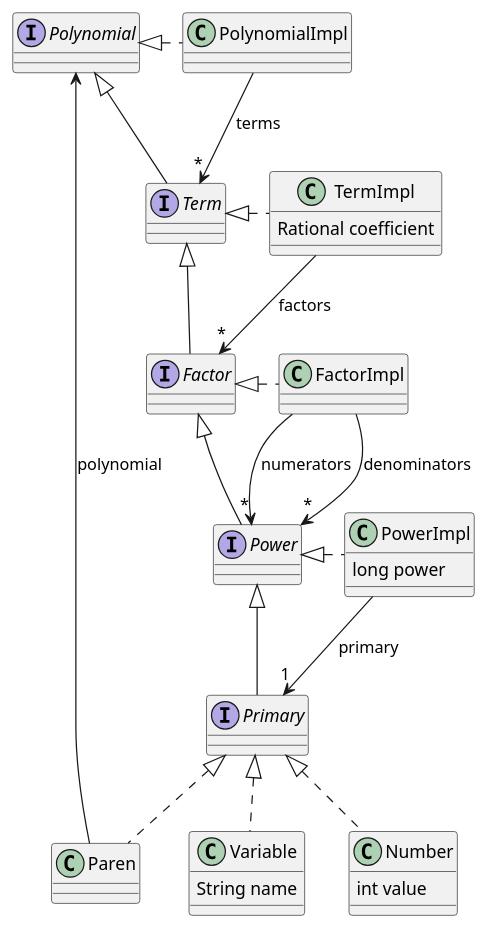
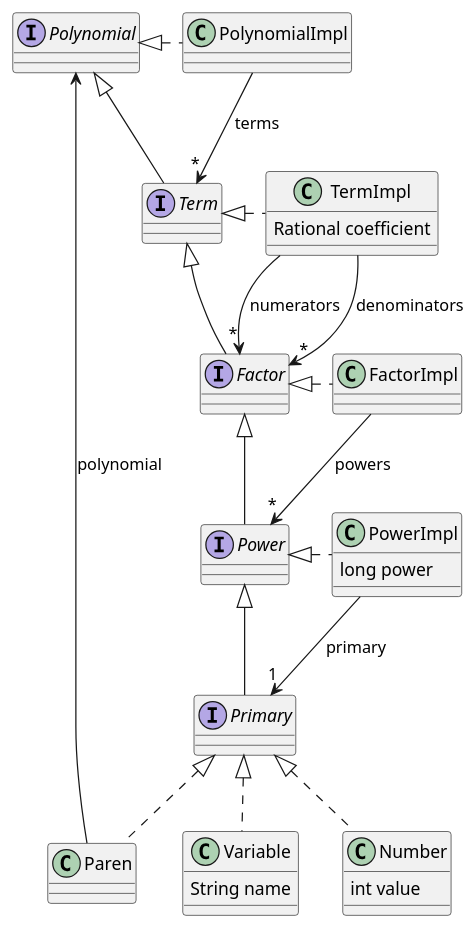
One commit to saka1029/form changed the diagram in doc/classes.plantuml. Above: the diagram before and after it, drawn with PlantUML. The commit also changed 8 other files, not shown here.

```diff
--- a/doc/classes.plantuml
+++ b/doc/classes.plantuml
@@ -1,39 +1,39 @@
 @startuml form
 interface Polynomial
 class PolynomialImpl
 PolynomialImpl .left.|> Polynomial
 PolynomialImpl --> "*" Term : terms
 interface Term
 Term -|> Polynomial
 class TermImpl {
     Rational coefficient
 }
 TermImpl .left.|> Term
-TermImpl --> "*" Factor : factors
+TermImpl --> "*" Factor : numerators
+TermImpl --> "*" Factor : denominators
 interface Factor
 Factor -|> Term
 class FactorImpl
 FactorImpl .left.|> Factor
-FactorImpl --> "*" Power : numerators
-FactorImpl --> "*" Power : denominators
+FactorImpl --> "*" Power : powers
 interface Power
 Power -|> Factor
 class PowerImpl {
     long power
 }
 PowerImpl .left.|> Power
 PowerImpl --> "1" Primary : primary
 interface Primary
 Primary -|> Power
 class Variable {
     String name
 }
 Variable .up.|> Primary
 class Number {
     int value
 }
 Number .up.|> Primary
 class Paren
 Paren .up.|> Primary
 Paren -up-> Polynomial : polynomial
 @enduml
```
